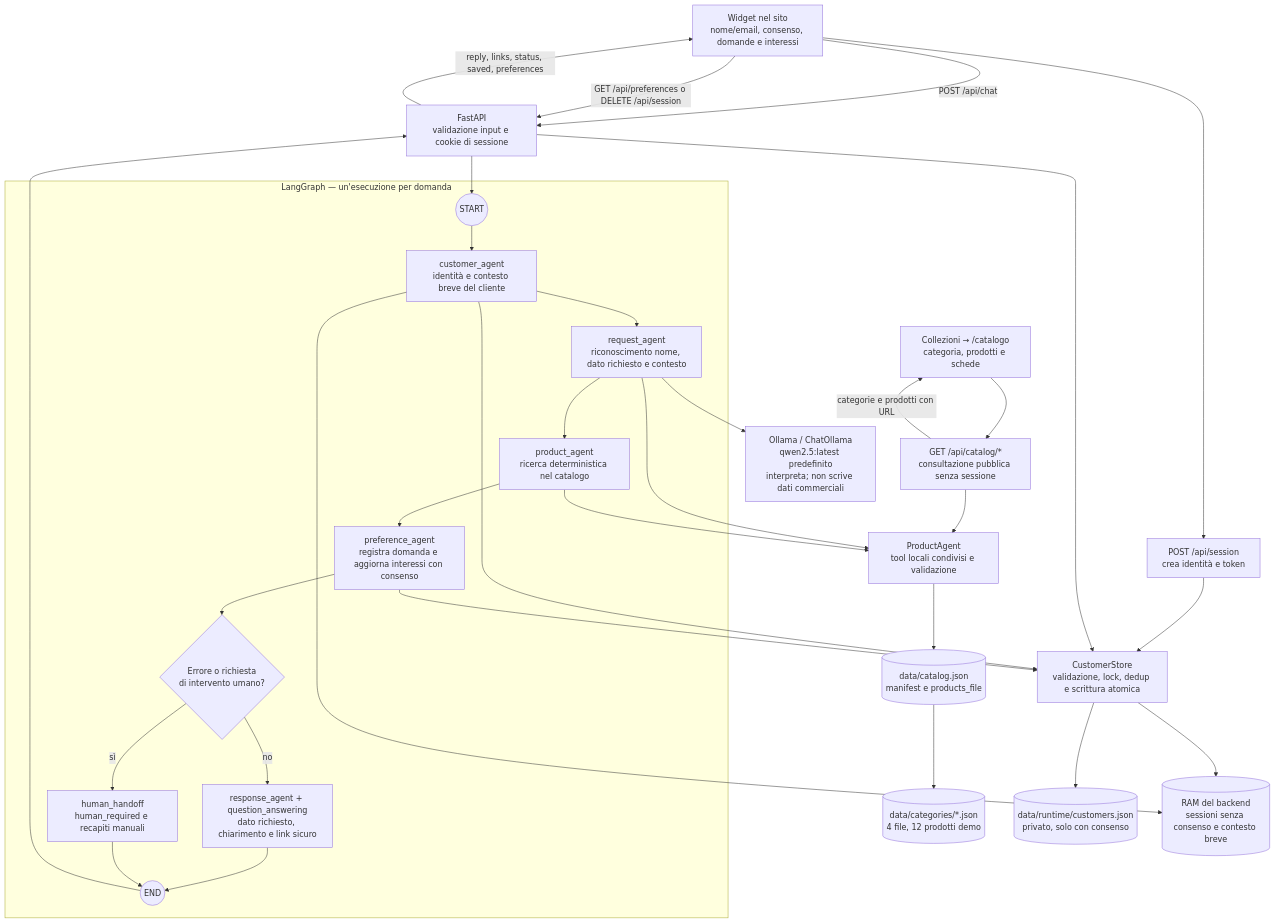
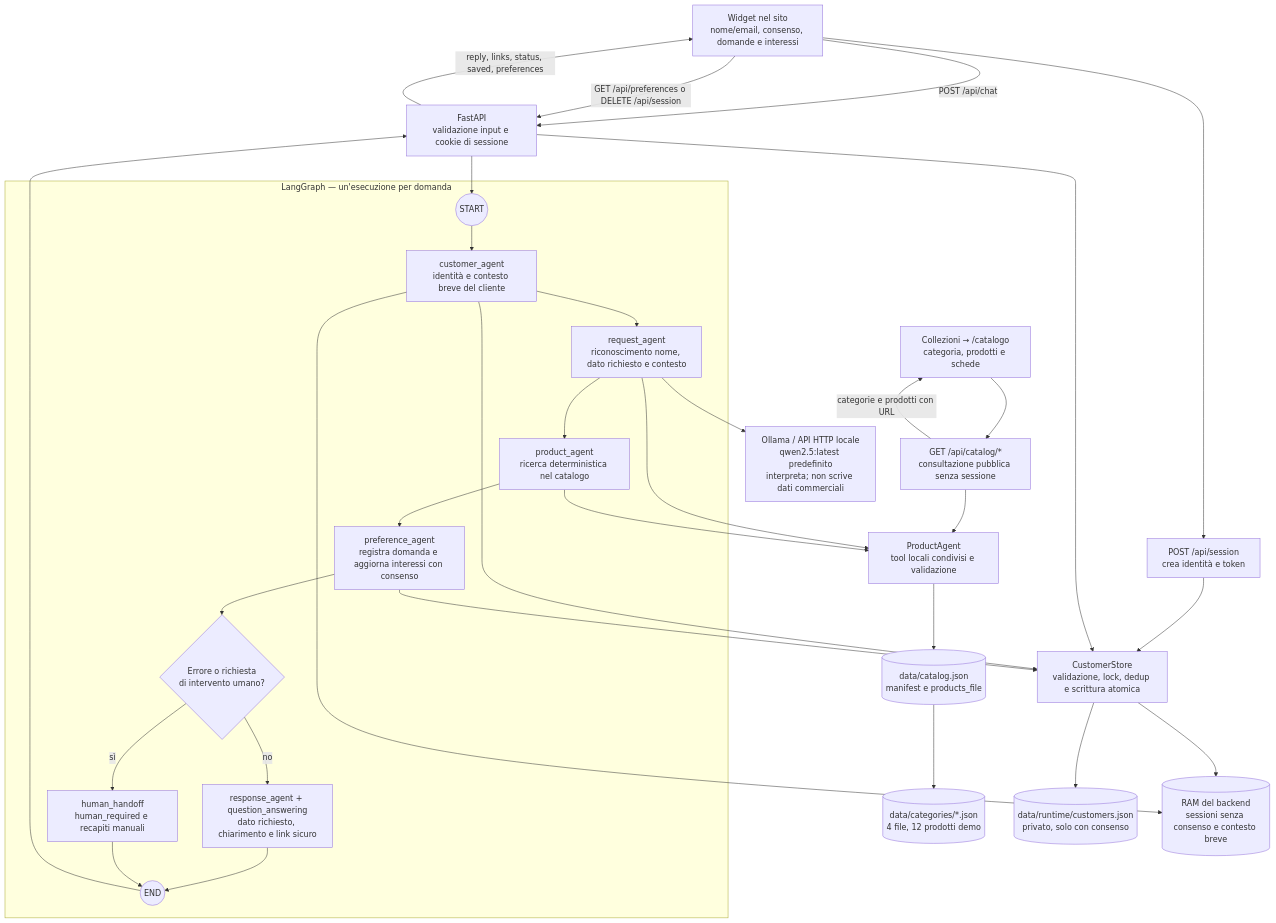
The diagram in docs/architettura.md (Alecry90/Intimo_Patrizia), drawn with Mermaid before and after one commit. The commit also changed other lines of this file and 22 other files, not shown here.

````diff
--- a/docs/architettura.md
+++ b/docs/architettura.md
@@ -17,48 +17,48 @@
 ```mermaid
 flowchart TD
     WEB["Widget nel sito<br/>nome/email, consenso, domande e interessi"]
     VIEW["Collezioni → /catalogo<br/>categoria, prodotti e schede"]
     PUBLIC["GET /api/catalog/*<br/>consultazione pubblica senza sessione"]
     API["FastAPI<br/>validazione input e cookie di sessione"]
     SESSION["POST /api/session<br/>crea identità e token"]
 
     subgraph GRAPH["LangGraph — un'esecuzione per domanda"]
         START((START))
         CUSTOMER["customer_agent<br/>identità e contesto breve del cliente"]
         REQUEST["request_agent<br/>riconoscimento nome, dato richiesto e contesto"]
         PRODUCT["product_agent<br/>ricerca deterministica nel catalogo"]
         PREFERENCE["preference_agent<br/>registra domanda e aggiorna interessi con consenso"]
         ROUTE{"Errore o richiesta<br/>di intervento umano?"}
         RESPONSE["response_agent + question_answering<br/>dato richiesto, chiarimento e link sicuro"]
         HUMAN["human_handoff<br/>human_required e recapiti manuali"]
         END((END))
         START --> CUSTOMER --> REQUEST --> PRODUCT --> PREFERENCE --> ROUTE
         ROUTE -->|"no"| RESPONSE --> END
         ROUTE -->|"sì"| HUMAN --> END
     end
 
-    LLM["Ollama / ChatOllama<br/>qwen2.5:latest predefinito<br/>interpreta; non scrive dati commerciali"]
+    LLM["Ollama / API HTTP locale<br/>qwen2.5:latest predefinito<br/>interpreta; non scrive dati commerciali"]
     TOOL["ProductAgent<br/>tool locali condivisi e validazione"]
     CATALOG[("data/catalog.json<br/>manifest e products_file")]
     SOURCES[("data/categories/*.json<br/>4 file, 12 prodotti demo")]
     STORE["CustomerStore<br/>validazione, lock, dedup e scrittura atomica"]
     JSON[("data/runtime/customers.json<br/>privato, solo con consenso")]
     RAM[("RAM del backend<br/>sessioni senza consenso e contesto breve")]
 
     WEB --> SESSION --> STORE
     VIEW --> PUBLIC --> TOOL
     WEB -->|"POST /api/chat"| API --> START
     REQUEST --> LLM
     REQUEST --> TOOL
     PRODUCT --> TOOL --> CATALOG
     CATALOG --> SOURCES
     CUSTOMER --> STORE
     CUSTOMER --> RAM
     PREFERENCE --> STORE
     STORE --> JSON
     STORE --> RAM
     END --> API -->|"reply, links, status, saved, preferences"| WEB
     PUBLIC -->|"categorie e prodotti con URL"| VIEW
     WEB -->|"GET /api/preferences o DELETE /api/session"| API
     API --> STORE
 ```
````
